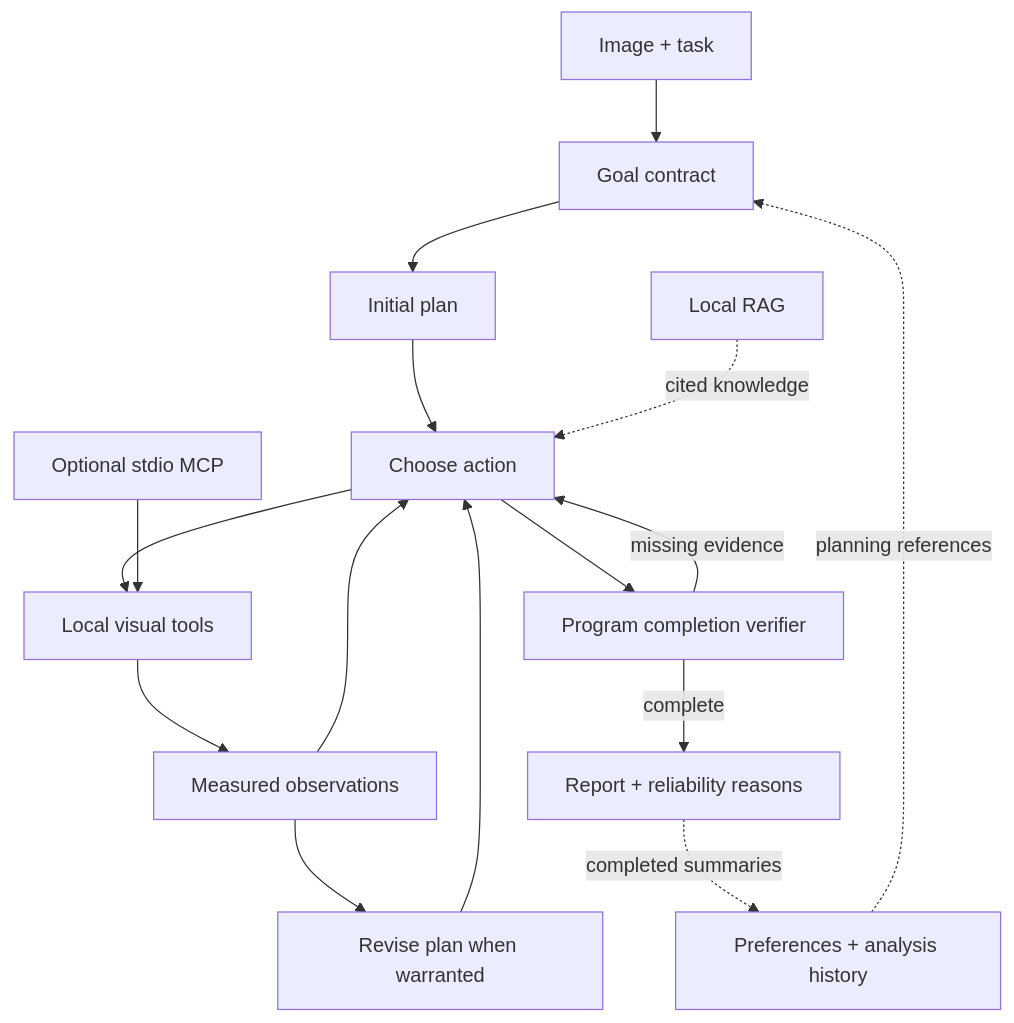
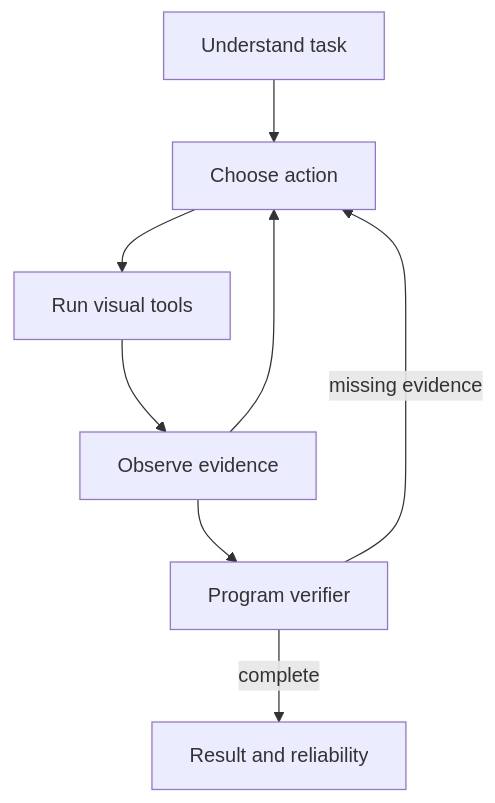
One commit to sadbrand11-blip/underwater-vision-agent changed the diagram in README.md. Above: the diagram before and after it, drawn with Mermaid. The commit also changed other lines of this file and 149 other files, not shown here.

````diff
--- a/README.md
+++ b/README.md
@@ -15,18 +32,10 @@
 ```mermaid
 flowchart TD
-    I[Image + task] --> G[Goal contract]
-    G --> P[Initial plan]
-    P --> A[Choose action]
-    A --> T[Local visual tools]
-    T --> O[Measured observations]
+    G[Understand task] --> A[Choose action]
+    A --> T[Run visual tools]
+    T --> O[Observe evidence]
     O --> A
-    O --> R[Revise plan when warranted]
-    R --> A
-    A --> V[Program completion verifier]
+    O --> V[Program verifier]
     V -->|missing evidence| A
-    V -->|complete| F[Report + reliability reasons]
-    K[Local RAG] -. cited knowledge .-> A
-    M[Preferences + analysis history] -. planning references .-> G
-    F -. completed summaries .-> M
-    MCP[Optional stdio MCP] --> T
+    V -->|complete| R[Result and reliability]
 ```
````
